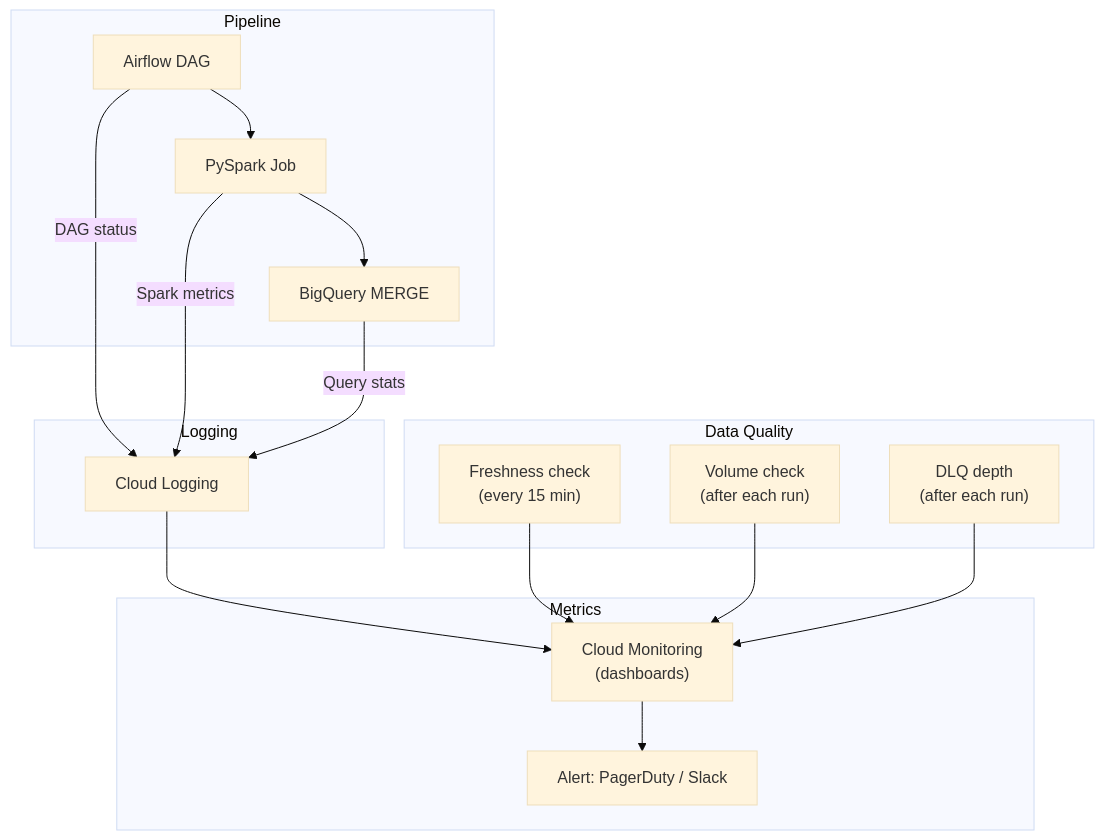
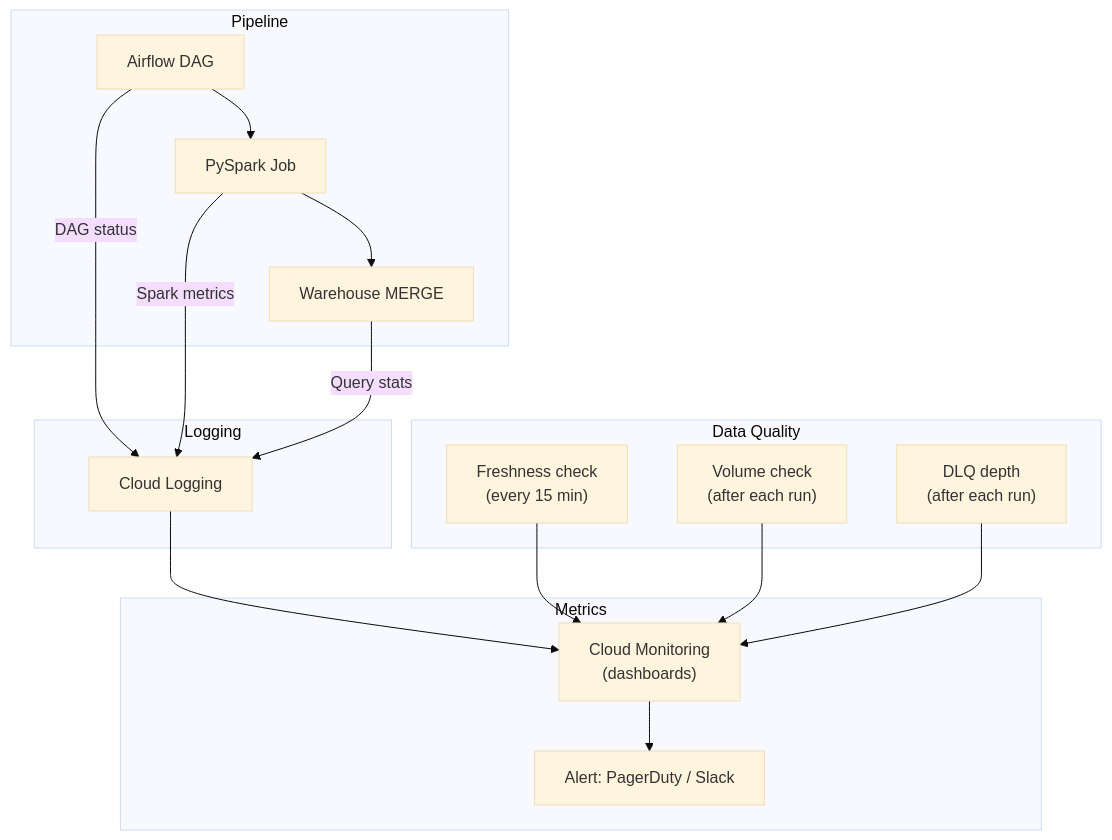
One commit to sunilmogadati/systems-in-production changed the second of 2 diagrams in playbooks/data/etl-patterns/09_Observability_Troubleshooting.md. Above: the diagram before and after it, drawn with Mermaid (base theme). The commit also changed other lines of this file and 10 other files, not shown here.

````diff
--- a/playbooks/data/etl-patterns/09_Observability_Troubleshooting.md
+++ b/playbooks/data/etl-patterns/09_Observability_Troubleshooting.md
@@ -205,24 +205,24 @@
 ```mermaid
 graph TD
     subgraph "Pipeline"
         P1["Airflow DAG"] --> P2["PySpark Job"]
-        P2 --> P3["BigQuery MERGE"]
+        P2 --> P3["Warehouse MERGE"]
     end
 
     subgraph "Logging"
         P1 -->|"DAG status"| L1["Cloud Logging"]
         P2 -->|"Spark metrics"| L1
         P3 -->|"Query stats"| L1
     end
 
     subgraph "Metrics"
         L1 --> M1["Cloud Monitoring<br/>(dashboards)"]
         M1 --> A1["Alert: PagerDuty / Slack"]
     end
 
     subgraph "Data Quality"
         DQ1["Freshness check<br/>(every 15 min)"] --> M1
         DQ2["Volume check<br/>(after each run)"] --> M1
         DQ3["DLQ depth<br/>(after each run)"] --> M1
     end
 ```
````
